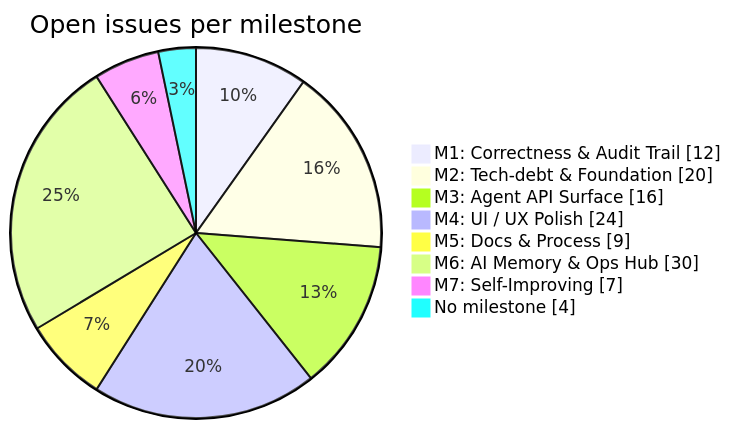
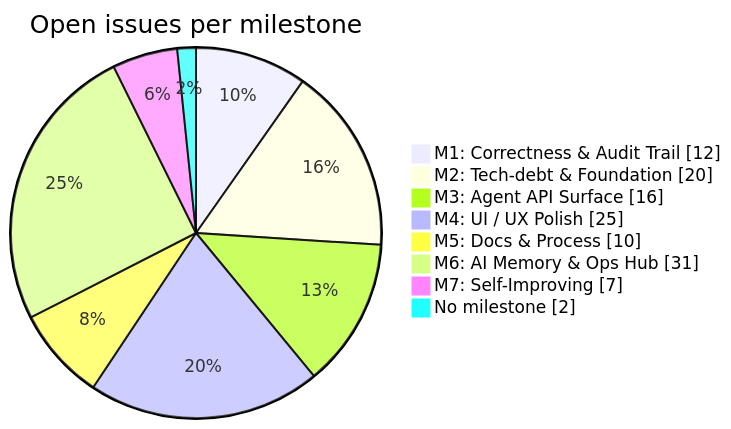
One commit to joelfuller2016/KanbanFlow-v2 changed the diagram in docs/BACKLOG.md. Above: the diagram before and after it, drawn with Mermaid. The commit also changed other lines of this file, not shown here.

````diff
--- a/docs/BACKLOG.md
+++ b/docs/BACKLOG.md
@@ -44,12 +44,12 @@
 ```mermaid
 pie showData
     title Open issues per milestone
     "M1: Correctness & Audit Trail" : 12
     "M2: Tech-debt & Foundation" : 20
     "M3: Agent API Surface" : 16
-    "M4: UI / UX Polish" : 24
-    "M5: Docs & Process" : 9
-    "M6: AI Memory & Ops Hub" : 30
+    "M4: UI / UX Polish" : 25
+    "M5: Docs & Process" : 10
+    "M6: AI Memory & Ops Hub" : 31
     "M7: Self-Improving" : 7
-    "No milestone" : 4
+    "No milestone" : 2
 ```
````
